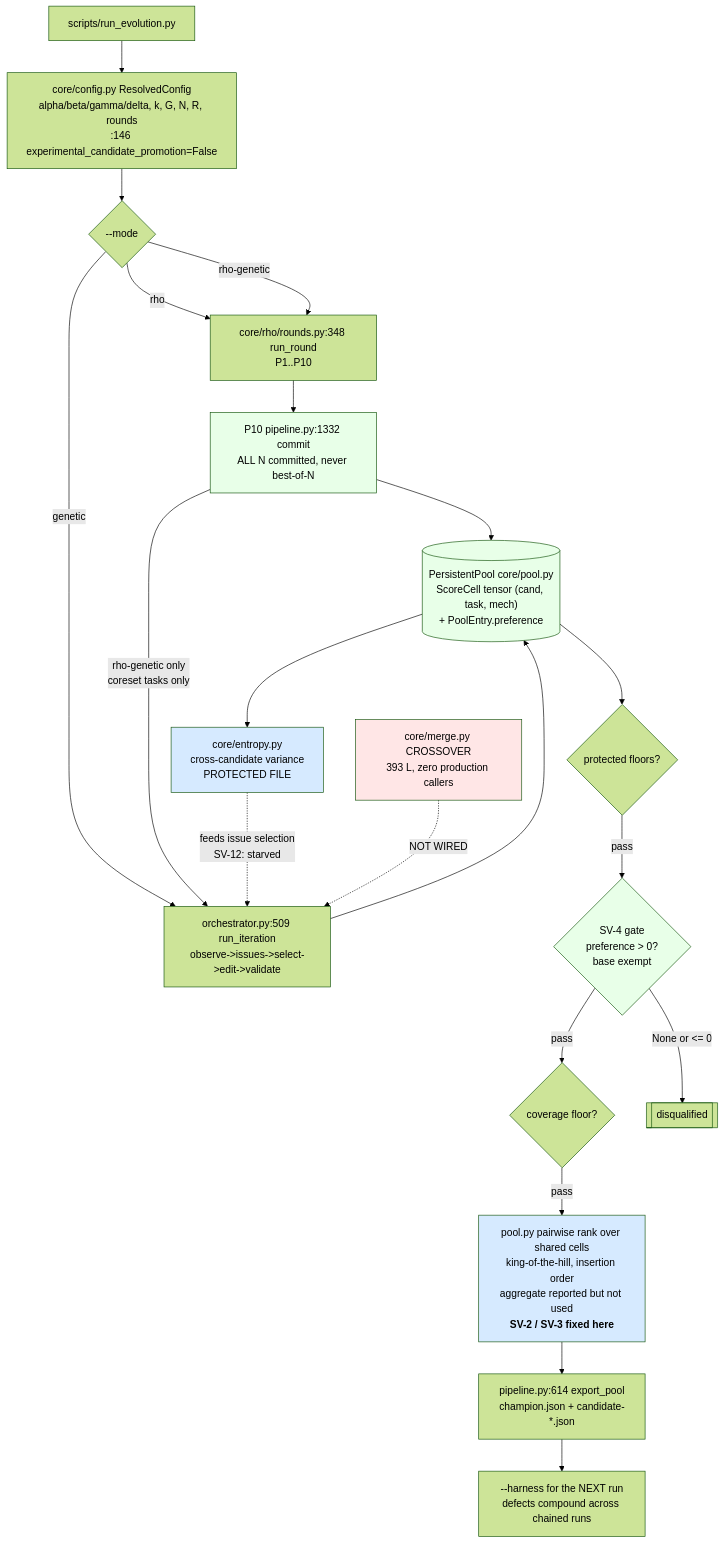
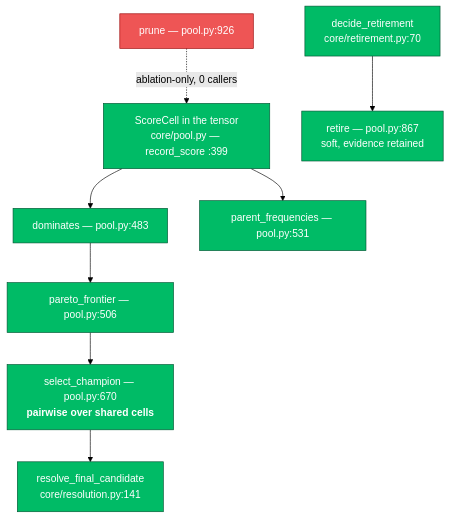
Before and after one commit to one-little-step/AgentEvolve: the sixth of 8 diagrams in docs/architecture/IMPLEMENTED-PIPELINE-MAP.md, drawn with Mermaid (forest theme). The commit also changed other lines of this file and 8 other files, not shown here.

````diff
--- a/docs/architecture/IMPLEMENTED-PIPELINE-MAP.md
+++ b/docs/architecture/IMPLEMENTED-PIPELINE-MAP.md
@@ -475,36 +254,21 @@
 ```mermaid
 flowchart TB
-    START["scripts/run_evolution.py"] --> CFG["core/config.py ResolvedConfig<br/>alpha/beta/gamma/delta, k, G, N, R, rounds<br/>:146 experimental_candidate_promotion=False"]
-    CFG --> MODE{"--mode"}
+    CELL["ScoreCell in the tensor<br/>core/pool.py — record_score :399"]:::live
+    DOM["dominates — pool.py:483"]:::live
+    PF["pareto_frontier — pool.py:506"]:::live
+    FREQ["parent_frequencies — pool.py:531"]:::live
+    CH["select_champion — pool.py:670<br/><b>pairwise over shared cells</b>"]:::live
+    RETIRE["retire — pool.py:867<br/>soft, evidence retained"]:::live
+    DEC["decide_retirement<br/>core/retirement.py:70"]:::live
+    FIN["resolve_final_candidate<br/>core/resolution.py:141"]:::live
+    PRUNE["prune — pool.py:926"]:::dead
 
-    MODE -->|rho| RHO10
-    MODE -->|rho-genetic| RHO10
-    MODE -->|genetic| GLOOP
+    CELL --> DOM --> PF --> CH
+    CELL --> FREQ
+    DEC --> RETIRE
+    CH --> FIN
+    PRUNE -.->|"ablation-only, 0 callers"| CELL
 
-    RHO10["core/rho/rounds.py:348 run_round<br/>P1..P10"] --> COMMIT["P10 pipeline.py:1332 commit<br/>ALL N committed, never best-of-N"]
-    COMMIT --> POOL[("PersistentPool core/pool.py<br/>ScoreCell tensor (cand, task, mech)<br/>+ PoolEntry.preference")]
-    COMMIT -->|"rho-genetic only<br/>coreset tasks only"| GLOOP
-
-    GLOOP["orchestrator.py:509 run_iteration<br/>observe->issues->select->edit->validate"] --> POOL
-
-    POOL --> ENT["core/entropy.py<br/>cross-candidate variance<br/>PROTECTED FILE"]
-    ENT -.->|"feeds issue selection<br/>SV-12: starved"| GLOOP
-
-    POOL --> G1{"protected floors?"}
-    G1 -->|pass| G2{"SV-4 gate<br/>preference > 0?<br/>base exempt"}
-    G2 -->|pass| G3{"coverage floor?"}
-    G3 -->|pass| CH["pool.py pairwise rank over shared cells<br/>king-of-the-hill, insertion order<br/>aggregate reported but not used<br/><b>SV-2 / SV-3 fixed here</b>"]
-    G2 -->|"None or <= 0"| DQ[["disqualified"]]
-
-    CH --> EXP["pipeline.py:614 export_pool<br/>champion.json + candidate-*.json"]
-    EXP --> NEXT["--harness for the NEXT run<br/>defects compound across chained runs"]
-
-    XMERGE["core/merge.py CROSSOVER<br/>393 L, zero production callers"] -.->|NOT WIRED| GLOOP
-
-    style POOL fill:#e8ffe8
-    style COMMIT fill:#e8ffe8
-    style G2 fill:#e8ffe8
-    style CH fill:#d6eaff
-    style ENT fill:#d6eaff
-    style XMERGE fill:#ffe6e6
+    classDef live fill:#0b6,stroke:#053,color:#fff
+    classDef dead fill:#e55,stroke:#900,color:#fff
 ```
````
